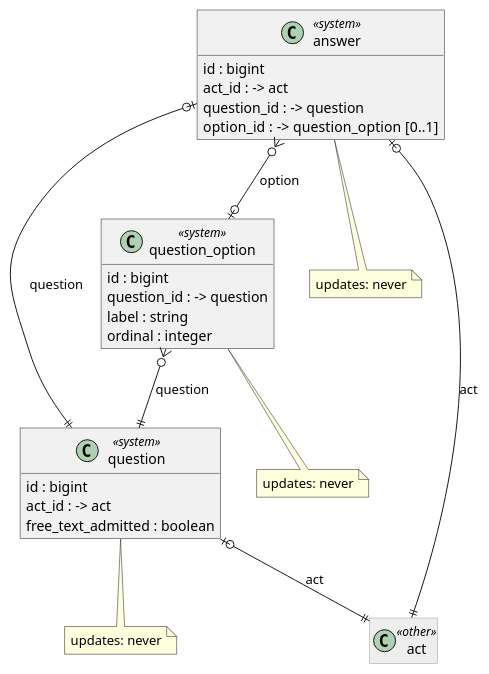
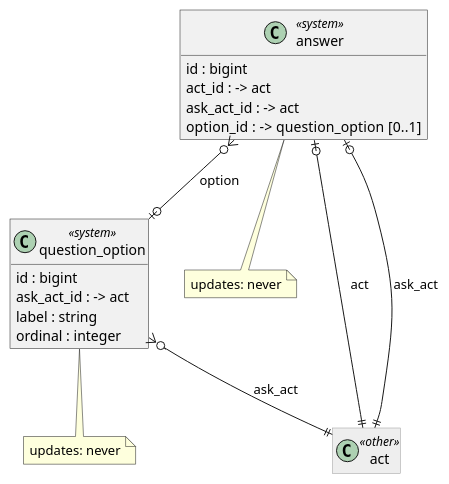
Before and after one commit to Kumbuka-ai/kumbuka-dispatch: the diagram in docs/data-model/diagrams/06-dialog.puml, drawn with PlantUML. The commit also changed 30 other files, not shown here.

```diff
--- a/docs/data-model/diagrams/06-dialog.puml
+++ b/docs/data-model/diagrams/06-dialog.puml
@@ -1,40 +1,33 @@
 @startuml 06-dialog
 ' 06-dialog (docs/data-model/groups/06-dialog.md), generated from model/dialog.linkml.yaml.
 ' Every table carries tenant_id and scope_id and a unique key (tenant_id, scope_id, id); every foreign
 ' key runs over tenant, scope and id (ADR-0042). Left out below. Tables of other groups are drawn grey.
 skinparam shadowing false
 skinparam roundcorner 0
 skinparam classAttributeIconSize 0
 hide methods
 hide empty members
 skinparam class<<other>> {
   BackgroundColor #EEEEEE
   BorderColor #999999
 }
-class question <<system>> {
-  id : bigint
-  act_id : -> act
-  free_text_admitted : boolean
-}
-note bottom of question : updates: never
 class question_option <<system>> {
   id : bigint
-  question_id : -> question
+  ask_act_id : -> act
   label : string
   ordinal : integer
 }
 note bottom of question_option : updates: never
 class answer <<system>> {
   id : bigint
   act_id : -> act
-  question_id : -> question
+  ask_act_id : -> act
   option_id : -> question_option  [0..1]
 }
 note bottom of answer : updates: never
 class act <<other>>
-question |o--|| act : act
-question_option }o--|| question : question
+question_option }o--|| act : ask_act
 answer |o--|| act : act
-answer |o--|| question : question
+answer |o--|| act : ask_act
 answer }o--o| question_option : option
 @enduml
```
